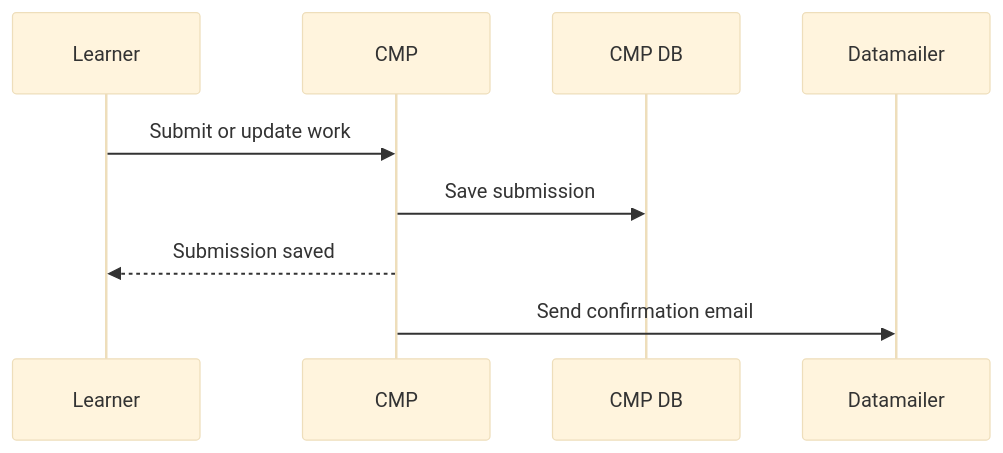
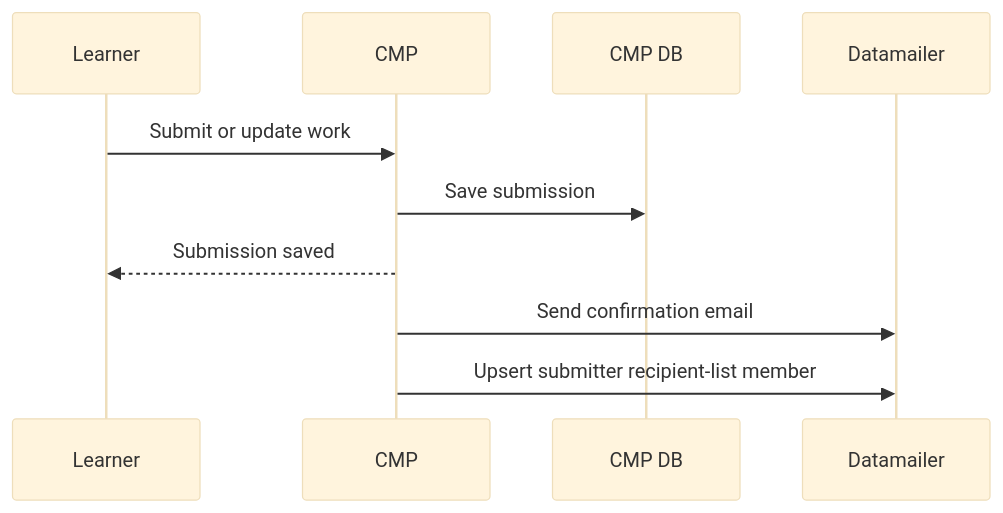
One commit to DataTalksClub/course-management-platform changed the fourth of 9 diagrams in docs/datamailer-protocol.md. Above: the diagram before and after it, drawn with Mermaid (base theme). The commit also changed other lines of this file and 7 other files, not shown here.

Commit message:
Sync Datamailer recipient lists from CMP

````diff
--- a/docs/datamailer-protocol.md
+++ b/docs/datamailer-protocol.md
@@ -239,12 +236,13 @@
 ```mermaid
 sequenceDiagram
     participant Learner
     participant CMP
     participant DB as CMP DB
     participant DM as Datamailer
 
     Learner->>CMP: Submit or update work
     CMP->>DB: Save submission
     CMP-->>Learner: Submission saved
     CMP->>DM: Send confirmation email
+    CMP->>DM: Upsert submitter recipient-list member
 ```
````
